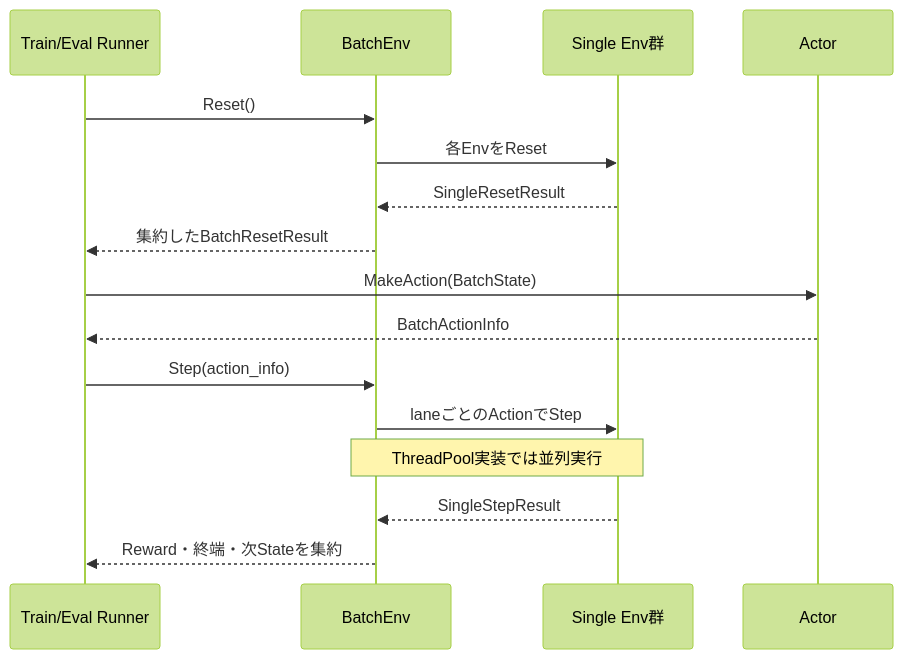
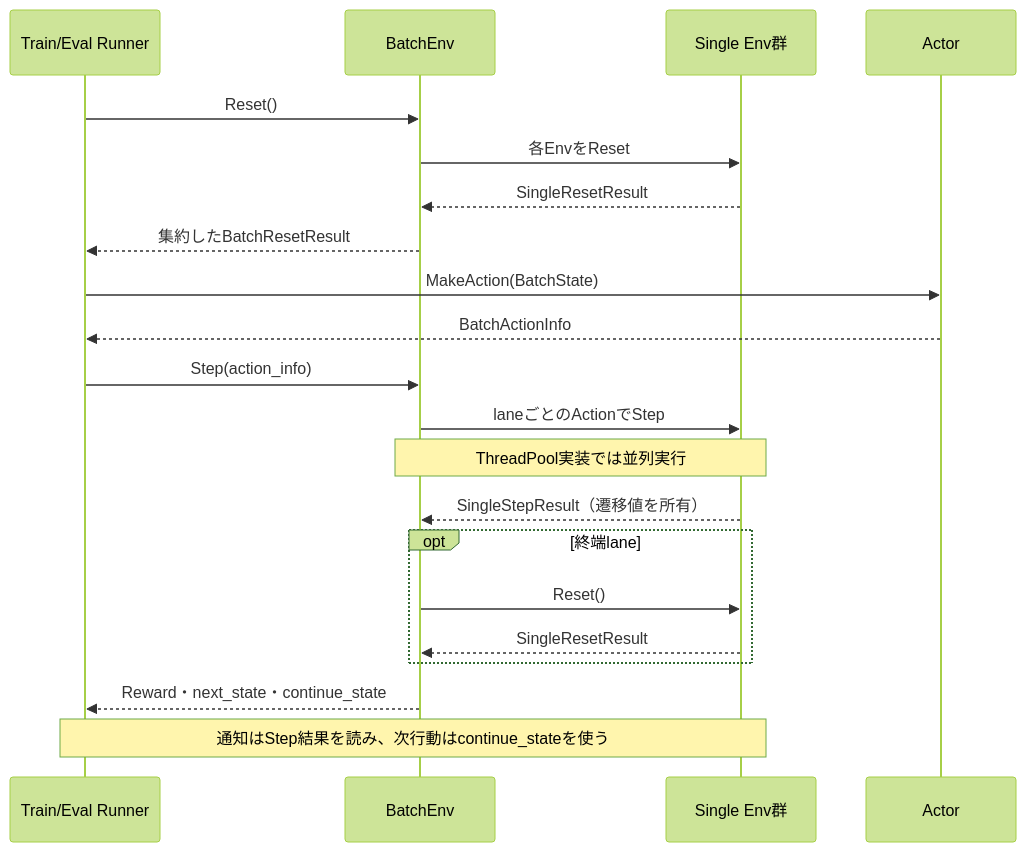
One commit to kazukin123/anet-lab changed the second of 2 diagrams in docs/design/120_environments.jp.md. Above: the diagram before and after it, drawn with Mermaid (forest theme). The commit also changed other lines of this file and 66 other files, not shown here.

````diff
--- a/docs/design/120_environments.jp.md
+++ b/docs/design/120_environments.jp.md
@@ -168,20 +171,25 @@
 ```mermaid
 sequenceDiagram
     participant R as Train/Eval Runner
     participant B as BatchEnv
     participant E as Single Env群
     participant A as Actor
 
     R->>B: Reset()
     B->>E: 各EnvをReset
     E-->>B: SingleResetResult
     B-->>R: 集約したBatchResetResult
 
     R->>A: MakeAction(BatchState)
     A-->>R: BatchActionInfo
     R->>B: Step(action_info)
     B->>E: laneごとのActionでStep
     Note over B,E: ThreadPool実装では並列実行
-    E-->>B: SingleStepResult
-    B-->>R: Reward・終端・次Stateを集約
+    E-->>B: SingleStepResult（遷移値を所有）
+    opt 終端lane
+        B->>E: Reset()
+        E-->>B: SingleResetResult
+    end
+    B-->>R: Reward・next_state・continue_state
+    Note over R,E: 通知はStep結果を読み、次行動はcontinue_stateを使う
 ```
````
